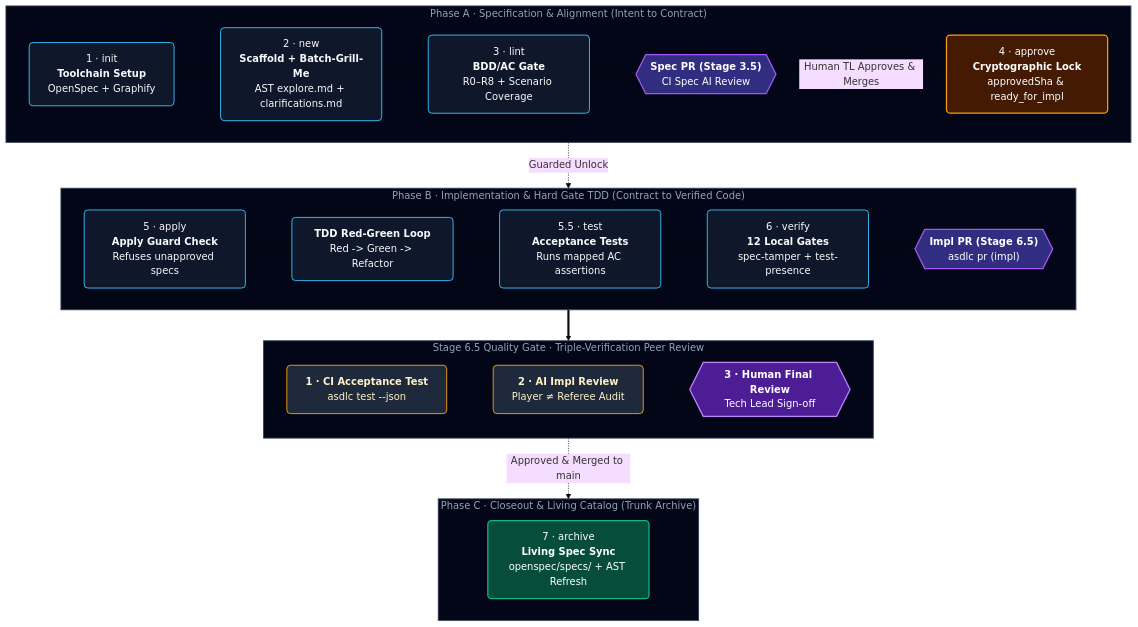
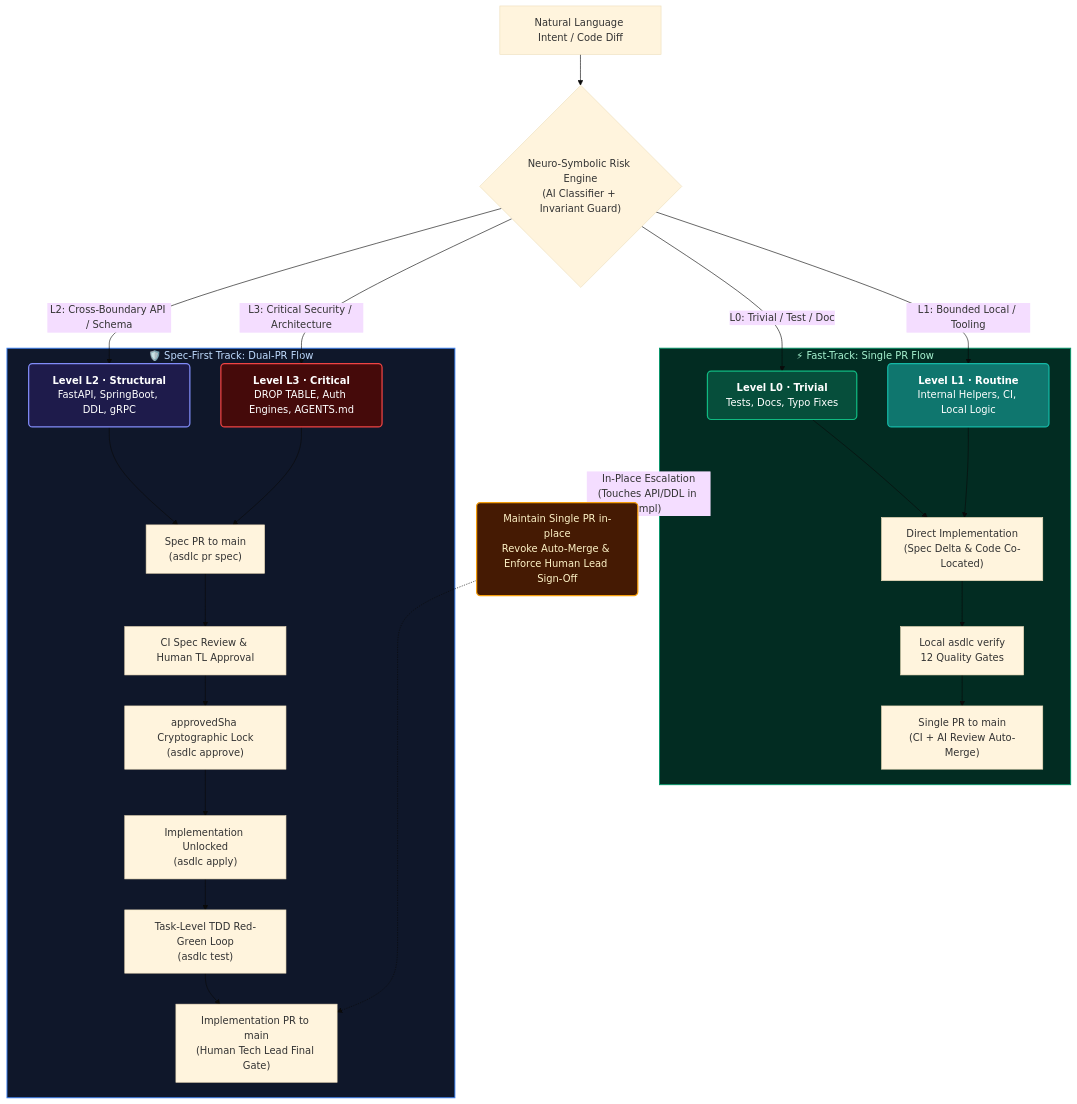
The first of 2 diagrams in README.md (akjamie/agentic-sdlc), drawn with Mermaid (base theme) before and after one commit. The commit also changed other lines of this file, not shown here.

Commit message:
docs: overhaul README with adaptive dual-track L0-L3 governance, quickstart, and architecture

````diff
--- a/README.md
+++ b/README.md
@@ -228,49 +46,45 @@
 ```mermaid
 flowchart TD
-    subgraph PHASE1 ["Phase A · Specification & Alignment (Intent to Contract)"]
-        direction LR
-        S1["1 · init<br/><b>Toolchain Setup</b><br/>OpenSpec + Graphify"] --> S2["2 · new<br/><b>Scaffold + Batch-Grill-Me</b><br/>AST explore.md + clarifications.md"]
-        S2 --> S3["3 · lint<br/><b>BDD/AC Gate</b><br/>R0–R8 + Scenario Coverage"]
-        S3 --> PR1{{"<b>Spec PR (Stage 3.5)</b><br/>CI Spec AI Review"}}
-        PR1 -->|"Human TL Approves & Merges"| S4["4 · approve<br/><b>Cryptographic Lock</b><br/>approvedSha & ready_for_impl"]
+    REQ["Natural Language Intent / Code Diff"] --> ASSESS{"Neuro-Symbolic Risk Engine<br/>(AI Classifier + Invariant Guard)"}
+
+    ASSESS -->|L0: Trivial / Test / Doc| T_L0["<b>Level L0 · Trivial</b><br/>Tests, Docs, Typo Fixes"]
+    ASSESS -->|L1: Bounded Local / Tooling| T_L1["<b>Level L1 · Routine</b><br/>Internal Helpers, CI, Local Logic"]
+    ASSESS -->|L2: Cross-Boundary API / Schema| T_L2["<b>Level L2 · Structural</b><br/>FastAPI, SpringBoot, DDL, gRPC"]
+    ASSESS -->|L3: Critical Security / Architecture| T_L3["<b>Level L3 · Critical</b><br/>DROP TABLE, Auth Engines, AGENTS.md"]
+
+    subgraph FAST_TRACK ["⚡ Fast-Track: Single PR Flow"]
+        T_L0 --> SP1["Direct Implementation<br/>(Spec Delta & Code Co-Located)"]
+        T_L1 --> SP1
+        SP1 --> V_AUTO["Local asdlc verify<br/>12 Quality Gates"]
+        V_AUTO --> PR_AUTO["Single PR to main<br/>(CI + AI Review Auto-Merge)"]
     end
 
-    subgraph PHASE2 ["Phase B · Implementation & Hard Gate TDD (Contract to Verified Code)"]
-        direction LR
-        S4 -.->|"Guarded Unlock"| S5["5 · apply<br/><b>Apply Guard Check</b><br/>Refuses unapproved specs"]
-        S5 --> S5_TDD["<b>TDD Red-Green Loop</b><br/>Red -> Green -> Refactor"]
-        S5_TDD --> S5_TEST["5.5 · test<br/><b>Acceptance Tests</b><br/>Runs mapped AC assertions"]
-        S5_TEST --> S6["6 · verify<br/><b>12 Local Gates</b><br/>spec-tamper + test-presence"]
-        S6 --> PR2{{"<b>Impl PR (Stage 6.5)</b><br/>asdlc pr (impl)"}}
+    subgraph SPEC_FIRST ["🛡️ Spec-First Track: Dual-PR Flow"]
+        T_L2 --> DP1["Spec PR to main<br/>(asdlc pr spec)"]
+        T_L3 --> DP1
+        DP1 --> G_SPEC["CI Spec Review & Human TL Approval"]
+        G_SPEC --> S_LOCK["approvedSha Cryptographic Lock<br/>(asdlc approve)"]
+        S_LOCK --> DP2["Implementation Unlocked<br/>(asdlc apply)"]
+        DP2 --> DP3["Task-Level TDD Red-Green Loop<br/>(asdlc test)"]
+        DP3 --> PR_IMPL["Implementation PR to main<br/>(Human Tech Lead Final Gate)"]
     end
 
-    subgraph PHASE_GATE ["Stage 6.5 Quality Gate · Triple-Verification Peer Review"]
-        direction LR
-        G_AC["<b>1 · CI Acceptance Test</b><br/>asdlc test --json"] --> G_AI["<b>2 · AI Impl Review</b><br/>Player ≠ Referee Audit"]
-        G_AI --> G_HUMAN{{"<b>3 · Human Final Review</b><br/>Tech Lead Sign-off"}}
-    end
+    FAST_TRACK -.->|"In-Place Escalation<br/>(Touches API/DDL in Impl)"| ESCALATE["Maintain Single PR in-place<br/>Revoke Auto-Merge & Enforce Human Lead Sign-Off"]
+    ESCALATE -.-> PR_IMPL
 
-    subgraph PHASE3 ["Phase C · Closeout & Living Catalog (Trunk Archive)"]
-        direction LR
-        S7["7 · archive<br/><b>Living Spec Sync</b><br/>openspec/specs/ + AST Refresh"]
-    end
+    classDef l0Style fill:#064e3b,stroke:#10b981,stroke-width:2px,color:#ffffff,rx:6px,ry:6px;
+    classDef l1Style fill:#0f766e,stroke:#14b8a6,stroke-width:2px,color:#ffffff,rx:6px,ry:6px;
+    classDef l2Style fill:#1e1b4b,stroke:#818cf8,stroke-width:2px,color:#ffffff,rx:6px,ry:6px;
+    classDef l3Style fill:#450a0a,stroke:#ef4444,stroke-width:2px,color:#ffffff,rx:6px,ry:6px;
+    classDef subFast fill:#022c22,stroke:#059669,stroke-width:1.5px,color:#a7f3d0;
+    classDef subSpec fill:#0f172a,stroke:#3b82f6,stroke-width:1.5px,color:#bfdbfe;
+    classDef escStyle fill:#451a03,stroke:#f59e0b,stroke-width:2px,color:#fef3c7,rx:6px,ry:6px;
 
-    PR2 ==> G_AC
-    G_HUMAN -.->|"Approved & Merged to main"| S7
-
-    classDef stageBox fill:#0f172a,stroke:#38bdf8,stroke-width:1.5px,color:#f8fafc,rx:6px,ry:6px;
-    classDef prBox fill:#312e81,stroke:#a855f7,stroke-width:2px,color:#ffffff,rx:10px,ry:10px;
-    classDef lockBox fill:#451a03,stroke:#f59e0b,stroke-width:2px,color:#ffffff,rx:6px,ry:6px;
-    classDef closeBox fill:#064e3b,stroke:#10b981,stroke-width:2px,color:#ffffff,rx:6px,ry:6px;
-    classDef gateBox fill:#1e293b,stroke:#f59e0b,stroke-width:1.5px,color:#fef3c7,rx:6px,ry:6px;
-    classDef humanBox fill:#4c1d95,stroke:#c084fc,stroke-width:2px,color:#ffffff,rx:10px,ry:10px;
-    classDef subStyle fill:#020617,stroke:#334155,stroke-width:1.5px,color:#94a3b8;
-
-    class S1,S2,S3,S5,S5_TDD,S5_TEST,S6 stageBox;
-    class PR1,PR2 prBox;
-    class G_AC,G_AI gateBox;
-    class G_HUMAN humanBox;
-    class S4 lockBox;
-    class S7 closeBox;
-    class PHASE1,PHASE2,PHASE_GATE,PHASE3 subStyle;
+    class T_L0 l0Style;
+    class T_L1 l1Style;
+    class T_L2 l2Style;
+    class T_L3 l3Style;
+    class FAST_TRACK subFast;
+    class SPEC_FIRST subSpec;
+    class ESCALATE escStyle;
 ```
````
